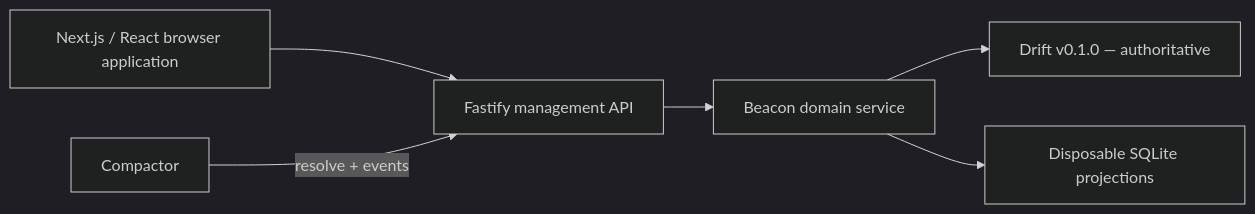
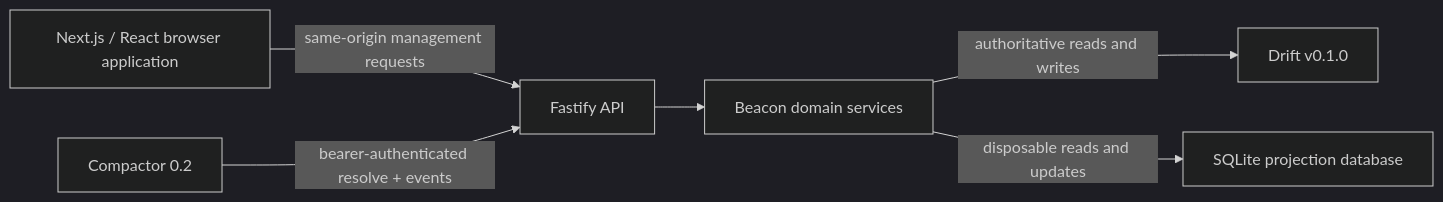
Before and after one commit to Grey-Harbor/Beacon: the diagram in ARCHITECTURE.md, drawn with Mermaid (dark theme). The commit also changed other lines of this file and 18 other files, not shown here.

````diff
--- a/ARCHITECTURE.md
+++ b/ARCHITECTURE.md
@@ -5,8 +9,8 @@
 ```mermaid
 flowchart LR
-  Browser["Next.js / React browser application"] --> API["Fastify management API"]
-  Compactor -->|"resolve + events"| API
-  API --> Domain["Beacon domain service"]
-  Domain --> Drift["Drift v0.1.0 — authoritative"]
-  Domain --> Projection["Disposable SQLite projections"]
+  Browser["Next.js / React browser application"] -->|"same-origin management requests"| API["Fastify API"]
+  Compactor["Compactor 0.2"] -->|"bearer-authenticated resolve + events"| API
+  API --> Domain["Beacon domain services"]
+  Domain -->|"authoritative reads and writes"| Drift["Drift v0.1.0"]
+  Domain -->|"disposable reads and updates"| Projection["SQLite projection database"]
 ```
````
